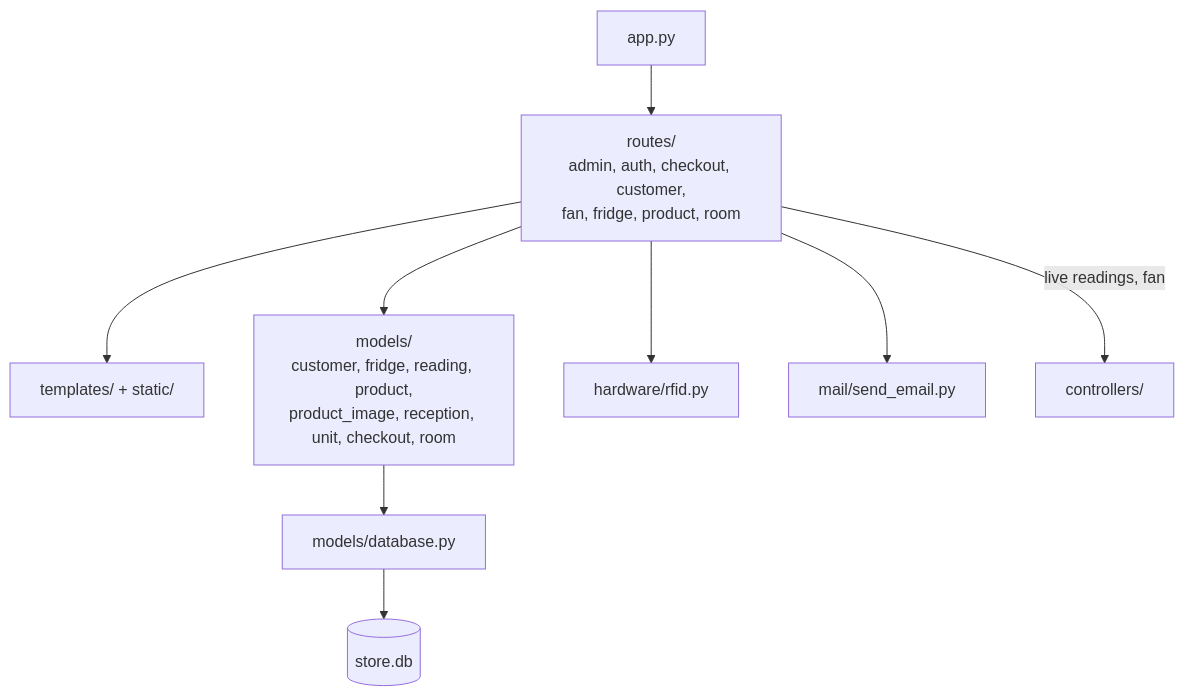
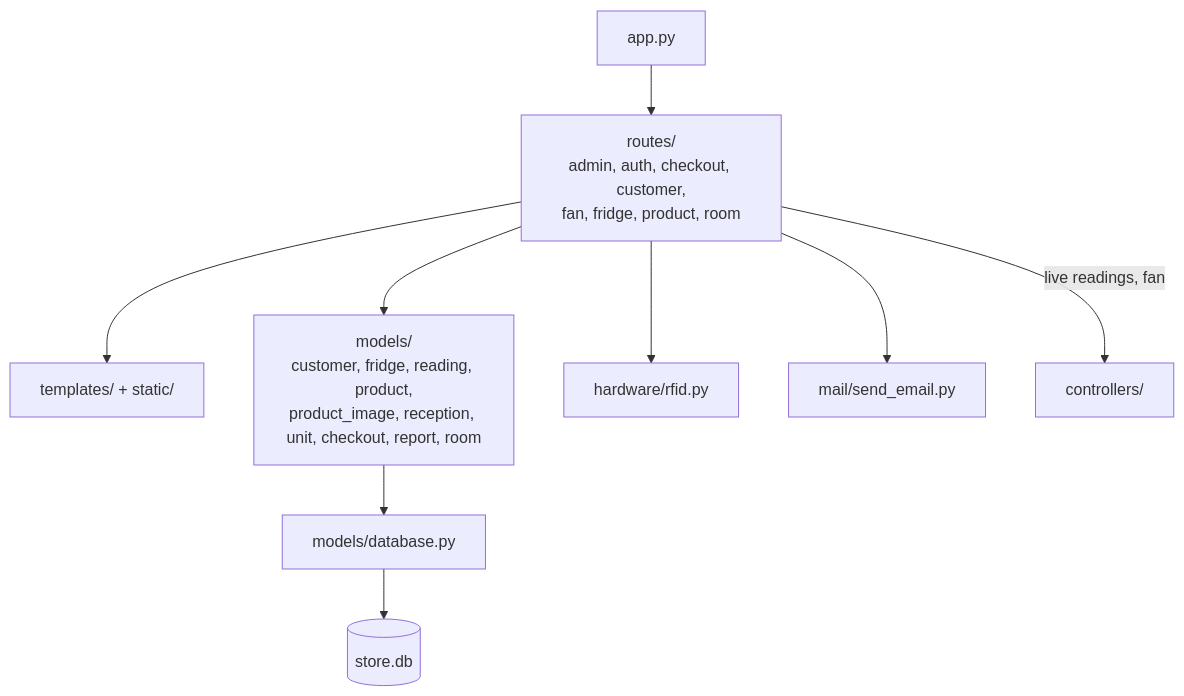
One commit to gvogas/IoT changed the fourth of 5 diagrams in docs/architecture.md. Above: the diagram before and after it, drawn with Mermaid. The commit also changed other lines of this file and 29 other files, not shown here.

Commit message:
chart better

````diff
--- a/docs/architecture.md
+++ b/docs/architecture.md
@@ -139,11 +140,11 @@
 ```mermaid
 flowchart TD
     app["app.py"] --> routes["routes/<br/>admin, auth, checkout, customer,<br/>fan, fridge, product, room"]
     routes --> templates["templates/ + static/"]
-    routes --> models["models/<br/>customer, fridge, reading, product,<br/>product_image, reception, unit, checkout, room"]
+    routes --> models["models/<br/>customer, fridge, reading, product,<br/>product_image, reception, unit, checkout, report, room"]
     routes --> hardware["hardware/rfid.py"]
     routes --> mail_send["mail/send_email.py"]
     routes -->|"live readings, fan"| controllers["controllers/"]
     models --> database["models/database.py"]
     database --> db[("store.db")]
 ```
````
